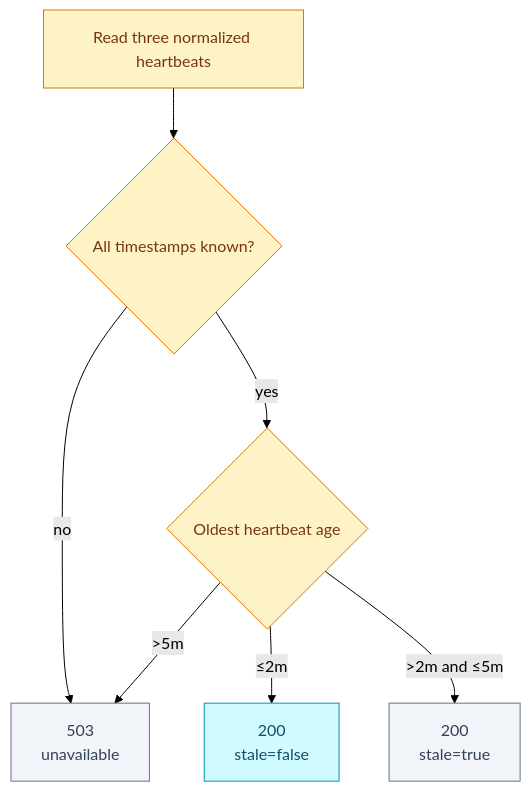
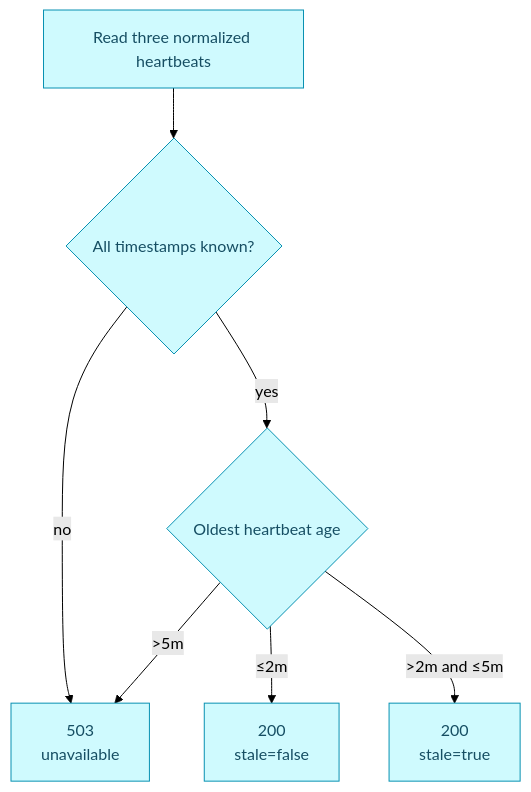
Before and after one commit to duynhlab/homelab: the second of 2 diagrams in docs/proposals/rfc/RFC-0030/README.md, drawn with Mermaid (forest theme). The commit also changed other lines of this file and 11 other files, not shown here.

Commit message:
Redraw RFC-0030's Mermaid diagrams as deployed (#1385)

````diff
--- a/docs/proposals/rfc/RFC-0030/README.md
+++ b/docs/proposals/rfc/RFC-0030/README.md
@@ -276,23 +278,21 @@
 ```mermaid
 flowchart TD
   READ["Read three normalized heartbeats"]
   KNOWN{"All timestamps known?"}
   AGE{"Oldest heartbeat age"}
   FRESH["200<br/>stale=false"]
   STALE["200<br/>stale=true"]
   DOWN["503<br/>unavailable"]
 
   READ --> KNOWN
   KNOWN -->|"no"| DOWN
   KNOWN -->|"yes"| AGE
   AGE -->|"≤2m"| FRESH
   AGE -->|">2m and ≤5m"| STALE
   AGE -->|">5m"| DOWN
 
   classDef service fill:#cffafe,color:#164e63,stroke:#0891b2;
   classDef worker fill:#fef3c7,color:#78350f,stroke:#d97706;
   classDef external fill:#f1f5f9,color:#334155,stroke:#64748b;
-  class READ,KNOWN,AGE worker;
-  class FRESH service;
-  class STALE,DOWN external;
+  class READ,KNOWN,AGE,FRESH,STALE,DOWN service;
 ```
````
